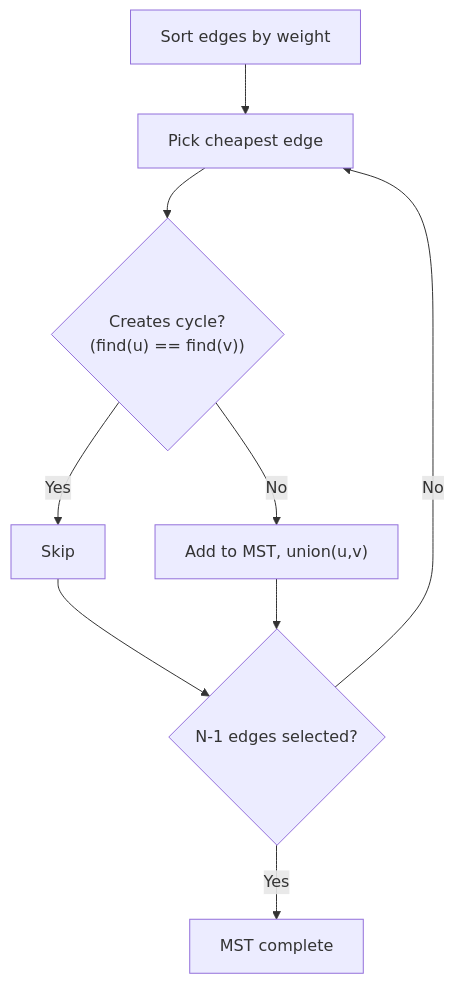
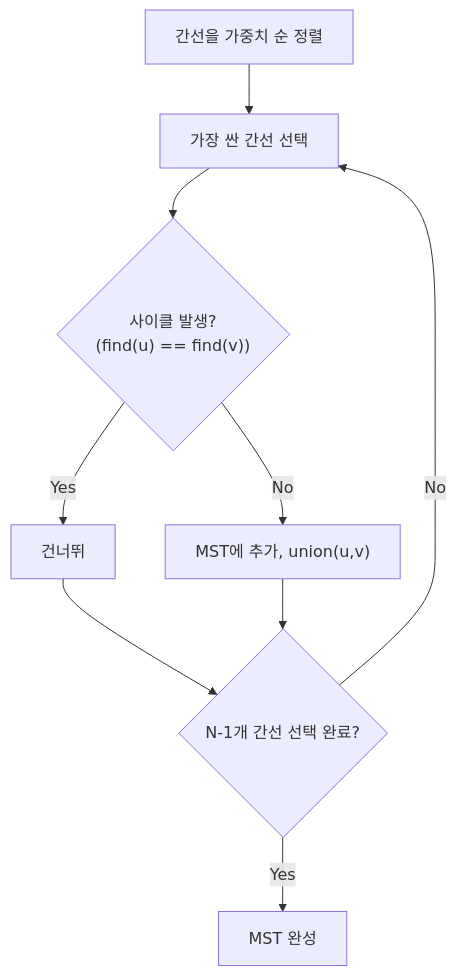
The second of 3 diagrams in _posts/algorithm/2026-03-07-mst.md (mandoobox/mandoobox.github.io), drawn with Mermaid before and after one commit. The commit also changed other lines of this file and 24 other files, not shown here.

Commit message:
feat: mermaid kr

````diff
--- a/_posts/algorithm/2026-03-07-mst.md
+++ b/_posts/algorithm/2026-03-07-mst.md
@@ -135,11 +138,11 @@
 ```mermaid
 flowchart TD
-    A["Sort edges by weight"] --> B["Pick cheapest edge"]
-    B --> C{"Creates cycle?<br/>(find(u) == find(v))"}
-    C -->|Yes| D["Skip"]
-    C -->|No| E["Add to MST, union(u,v)"]
-    D --> F{"N-1 edges selected?"}
+    A["간선을 가중치 순 정렬"] --> B["가장 싼 간선 선택"]
+    B --> C{"사이클 발생?<br/>(find(u) == find(v))"}
+    C -->|Yes| D["건너뛰"]
+    C -->|No| E["MST에 추가, union(u,v)"]
+    D --> F{"N-1개 간선 선택 완료?"}
     E --> F
     F -->|No| B
-    F -->|Yes| G["MST complete"]
+    F -->|Yes| G["MST 완성"]
 ```
````
